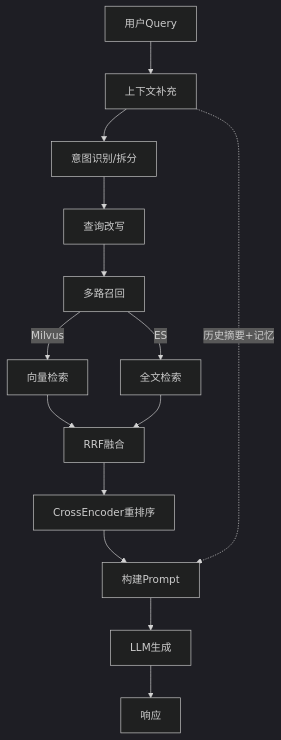
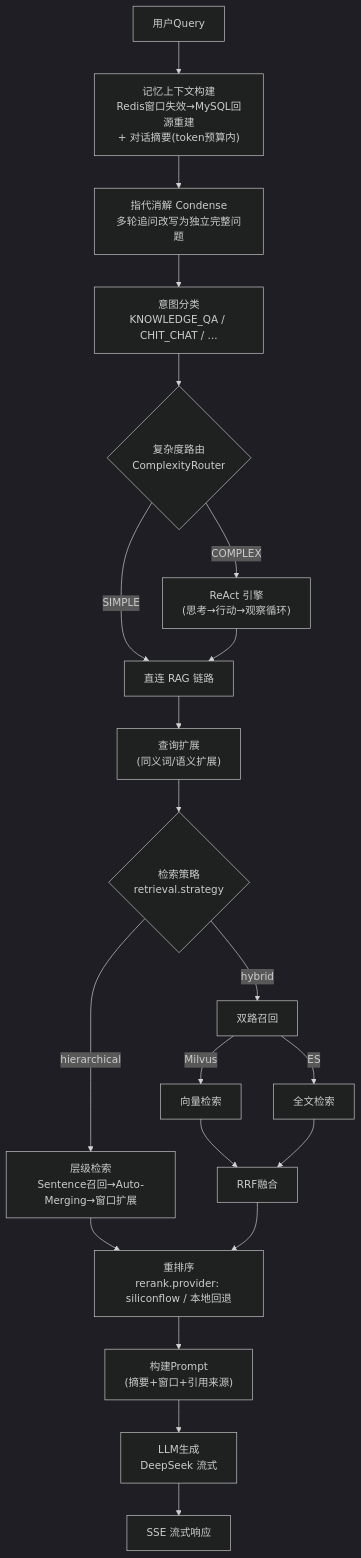
The third of 10 diagrams in README.md (carlisle-withs/RAGGG), drawn with Mermaid (dark theme) before and after one commit. The commit also changed other lines of this file, not shown here.

````diff
--- a/README.md
+++ b/README.md
@@ -122,21 +138,29 @@
 ```mermaid
 flowchart TB
-    Query["用户Query"] --> Context["上下文补充"]
-    
-    Context --> Intent["意图识别/拆分"]
-    Intent --> Rewrite["查询改写"]
-    Rewrite --> MultiQuery["多路召回"]
-    
+    Query["用户Query"] --> Memory["记忆上下文构建<br/>Redis窗口失效→MySQL回源重建<br/>+ 对话摘要(token预算内)"]
+
+    Memory --> Condense["指代消解 Condense<br/>多轮追问改写为独立完整问题"]
+    Condense --> Intent["意图分类<br/>KNOWLEDGE_QA / CHIT_CHAT / ..."]
+    Intent --> Route{"复杂度路由<br/>ComplexityRouter"}
+
+    Route -->|SIMPLE| Pipeline["直连 RAG 链路"]
+    Route -->|COMPLEX| React["ReAct 引擎<br/>(思考→行动→观察循环)"]
+    React --> Pipeline
+
+    Pipeline --> Rewrite["查询扩展<br/>(同义词/语义扩展)"]
+    Rewrite --> Strategy{"检索策略<br/>retrieval.strategy"}
+    Strategy -->|hybrid| MultiQuery["双路召回"]
+    Strategy -->|hierarchical| Hier["层级检索<br/>Sentence召回→Auto-Merging→窗口扩展"]
+
     MultiQuery -->|Milvus| VecSearch["向量检索"]
     MultiQuery -->|ES| TextSearch["全文检索"]
-    
     VecSearch --> RRF["RRF融合"]
     TextSearch --> RRF
-    
-    RRF --> Rerank["CrossEncoder重排序"]
-    Rerank --> Prompt["构建Prompt"]
-    Prompt --> LLM["LLM生成"]
-    LLM --> Response["响应"]
-    
-    Context -.->|历史摘要+记忆| Prompt
+
+    Hier --> Rerank["重排序<br/>rerank.provider: siliconflow / 本地回退"]
+    RRF --> Rerank
+
+    Rerank --> Prompt["构建Prompt<br/>(摘要+窗口+引用来源)"]
+    Prompt --> LLM["LLM生成<br/>DeepSeek 流式"]
+    LLM --> Response["SSE 流式响应"]
 ```
````
